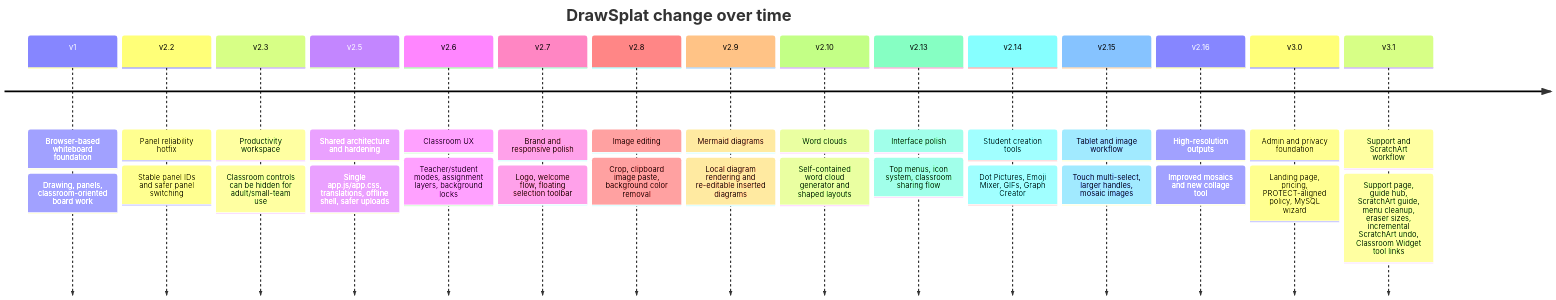
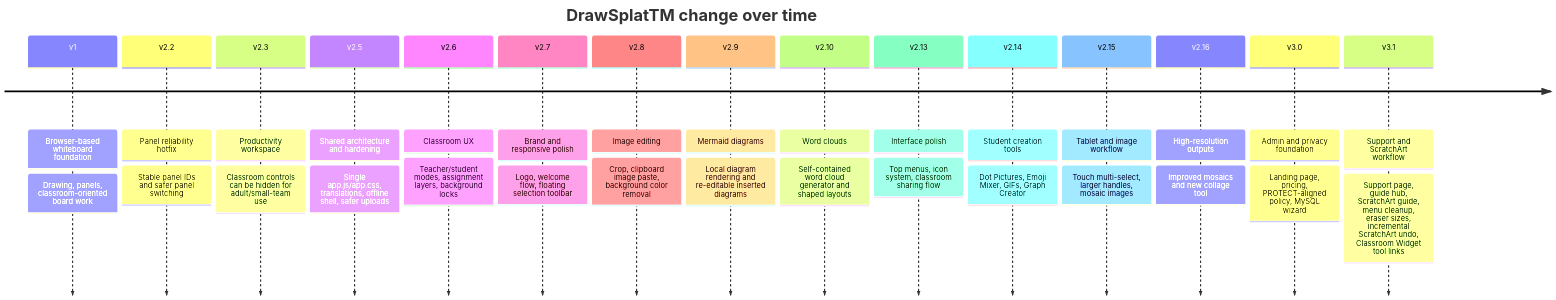
Before and after one commit to mguhlin/drawsplat: the diagram in README.md, drawn with Mermaid. The commit also changed other lines of this file and 63 other files, not shown here.

Commit message:
Add DrawSplat trademark mark

````diff
--- a/README.md
+++ b/README.md
@@ -33,34 +33,34 @@
 ```mermaid
 timeline
-  title DrawSplat change over time
+  title DrawSplatTM change over time
   v1 : Browser-based whiteboard foundation
      : Drawing, panels, classroom-oriented board work
   v2.2 : Panel reliability hotfix
        : Stable panel IDs and safer panel switching
   v2.3 : Productivity workspace
        : Classroom controls can be hidden for adult/small-team use
   v2.5 : Shared architecture and hardening
        : Single app.js/app.css, translations, offline shell, safer uploads
   v2.6 : Classroom UX
        : Teacher/student modes, assignment layers, background locks
   v2.7 : Brand and responsive polish
        : Logo, welcome flow, floating selection toolbar
   v2.8 : Image editing
        : Crop, clipboard image paste, background color removal
   v2.9 : Mermaid diagrams
        : Local diagram rendering and re-editable inserted diagrams
   v2.10 : Word clouds
         : Self-contained word cloud generator and shaped layouts
   v2.13 : Interface polish
         : Top menus, icon system, classroom sharing flow
   v2.14 : Student creation tools
         : Dot Pictures, Emoji Mixer, GIFs, Graph Creator
   v2.15 : Tablet and image workflow
         : Touch multi-select, larger handles, mosaic images
   v2.16 : High-resolution outputs
         : Improved mosaics and new collage tool
   v3.0 : Admin and privacy foundation
        : Landing page, pricing, PROTECT-aligned policy, MySQL wizard
   v3.1 : Support and ScratchArt workflow
        : Support page, guide hub, ScratchArt guide, menu cleanup, eraser sizes, incremental ScratchArt undo, Classroom Widget tool links
 ```
````
